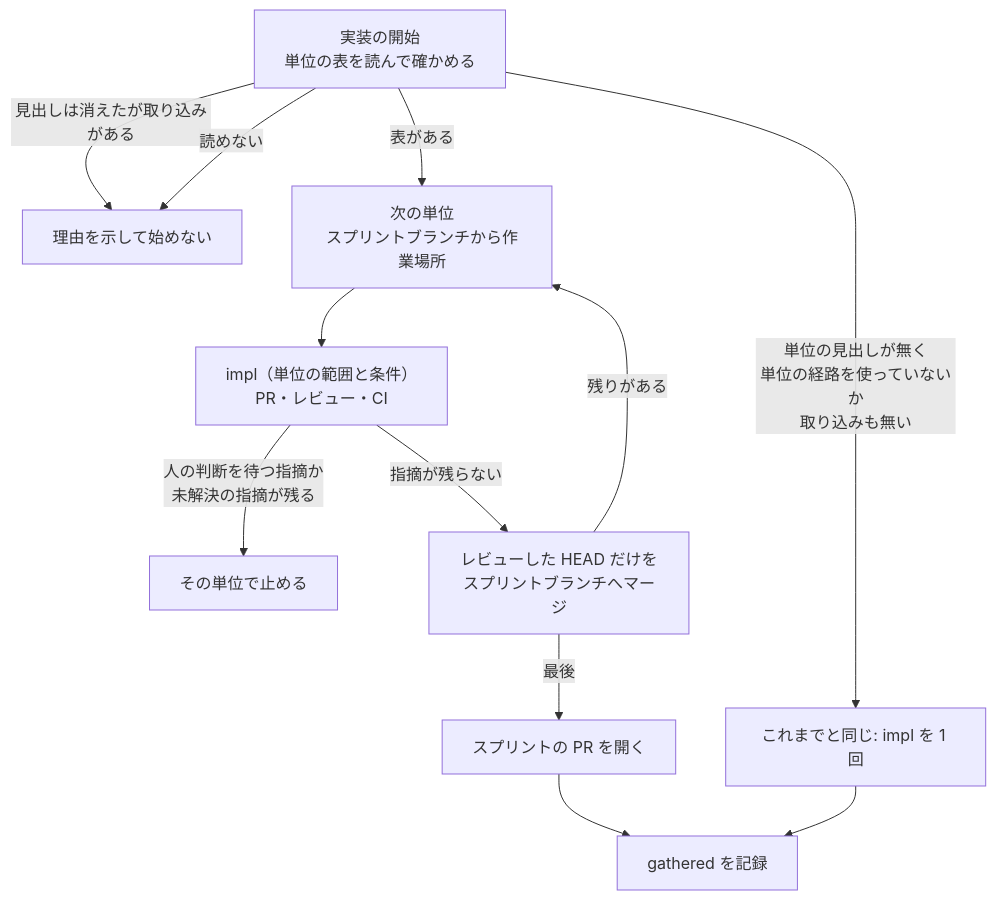
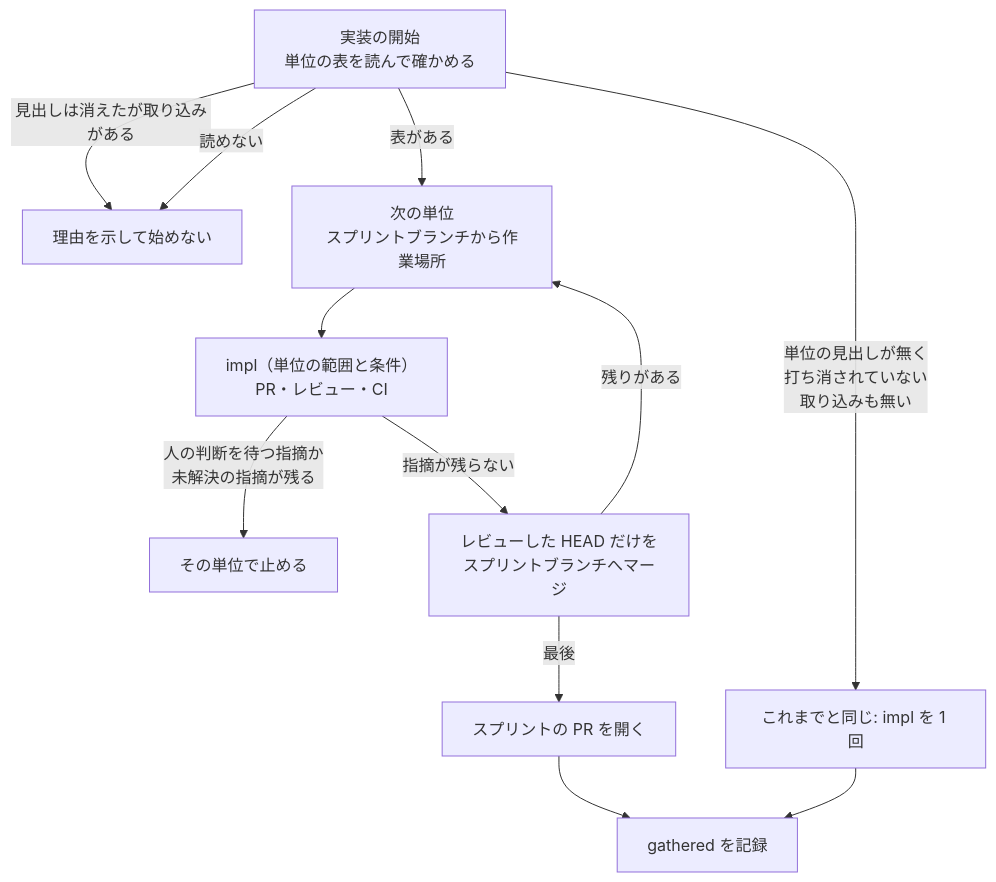
Before and after one commit to devbasex/ai-plugins: the second of 3 diagrams in issues/issue-4369-design.md, drawn with Mermaid. The commit also changed other lines of this file and 1 other file, not shown here.

````diff
--- a/issues/issue-4369-design.md
+++ b/issues/issue-4369-design.md
@@ -41,14 +41,14 @@
 ```mermaid
 flowchart TB
-  S["実装の開始<br/>単位の表を読んで確かめる"] -->|単位の見出しが無く<br/>単位の経路を使っていないか<br/>取り込みも無い| OLD["これまでと同じ: impl を 1 回"]
+  S["実装の開始<br/>単位の表を読んで確かめる"] -->|単位の見出しが無く<br/>打ち消されていない<br/>取り込みも無い| OLD["これまでと同じ: impl を 1 回"]
   S -->|見出しは消えたが取り込みがある| STOP
   S -->|読めない| STOP["理由を示して始めない"]
   S -->|表がある| U["次の単位<br/>スプリントブランチから作業場所"]
   U --> PL["impl（単位の範囲と条件）<br/>PR・レビュー・CI"]
   PL -->|人の判断を待つ指摘か<br/>未解決の指摘が残る| STOP2["その単位で止める"]
   PL -->|指摘が残らない| M["レビューした HEAD だけを<br/>スプリントブランチへマージ"]
   M -->|残りがある| U
   M -->|最後| PR["スプリントの PR を開く"]
   PR --> G["gathered を記録"]
   OLD --> G
 ```
````
